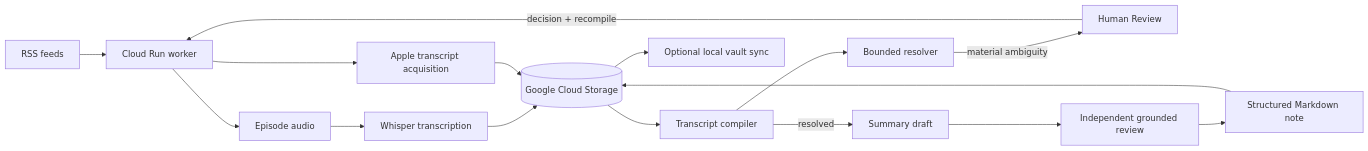
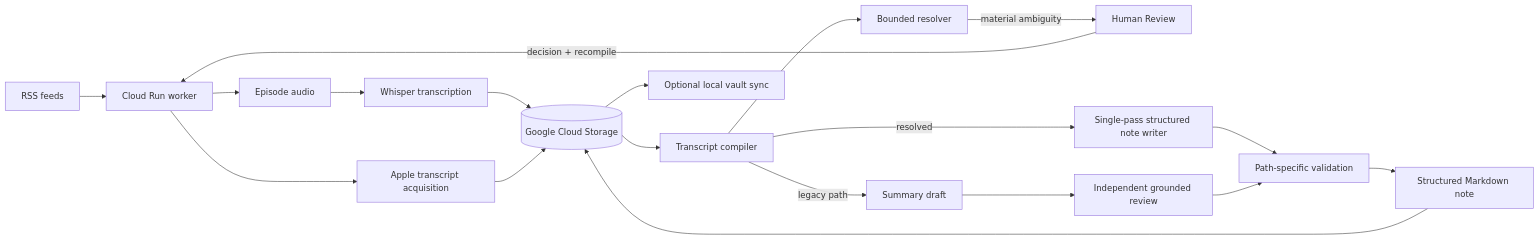
The diagram in README.md (wintersyntax/podcast-automation), drawn with Mermaid before and after one commit. The commit also changed other lines of this file and 3 other files, not shown here.

Commit message:
Document the public single-pass knowledge-note path

````diff
--- a/README.md
+++ b/README.md
@@ -46,22 +47,25 @@
 ```mermaid
 flowchart LR
     RSS[RSS feeds] --> Worker[Cloud Run worker]
     Worker --> Audio[Episode audio]
     Audio --> Whisper[Whisper transcription]
     Worker --> Apple[Apple transcript acquisition]
 
     Whisper --> GCS[(Google Cloud Storage)]
     Apple --> GCS
 
     GCS --> Compiler[Transcript compiler]
     Compiler --> Resolver[Bounded resolver]
 
     Resolver -->|material ambiguity| Review[Human Review]
     Review -->|decision + recompile| Worker
 
-    Compiler -->|resolved| Draft[Summary draft]
+    Compiler -->|resolved| Writer[Single-pass structured note writer]
+    Writer --> Checks[Path-specific validation]
+    Compiler -->|legacy path| Draft[Summary draft]
     Draft --> SummaryReview[Independent grounded review]
-    SummaryReview --> Note[Structured Markdown note]
+    SummaryReview --> Checks
+    Checks --> Note[Structured Markdown note]
     Note --> GCS
     GCS --> Sync[Optional local vault sync]
 ```
````
